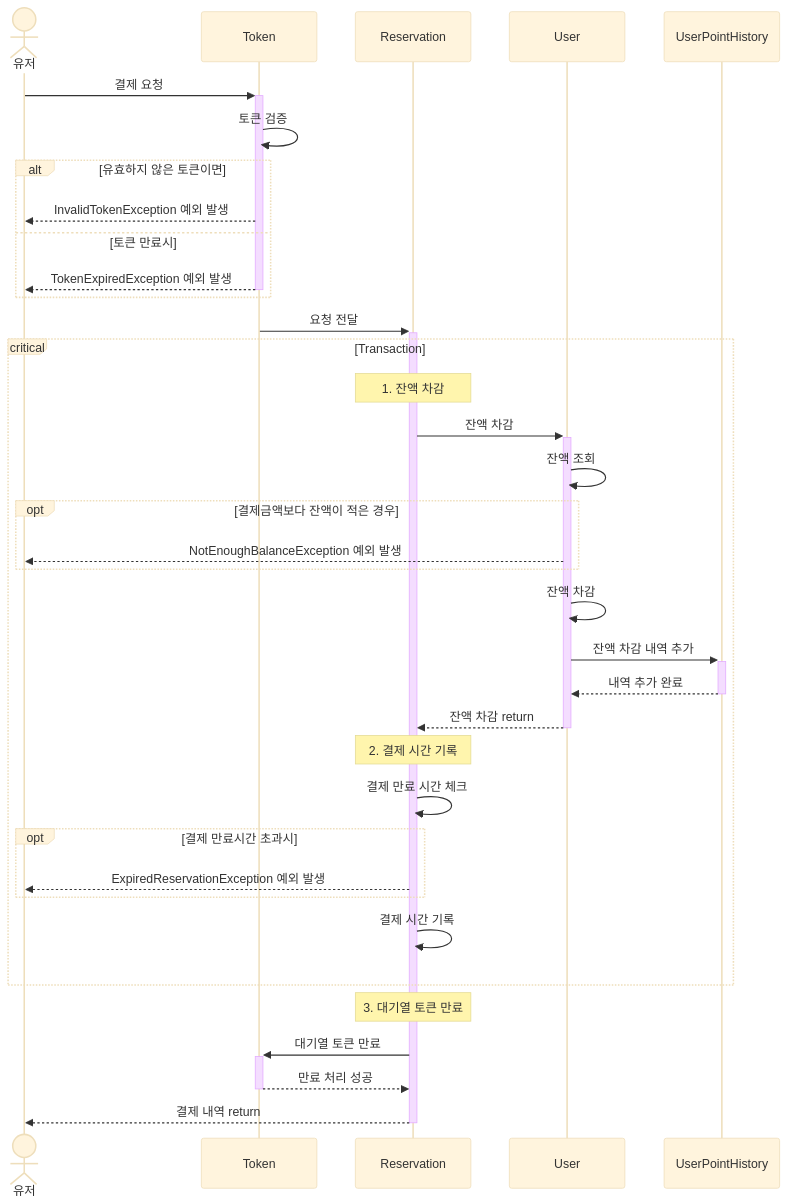
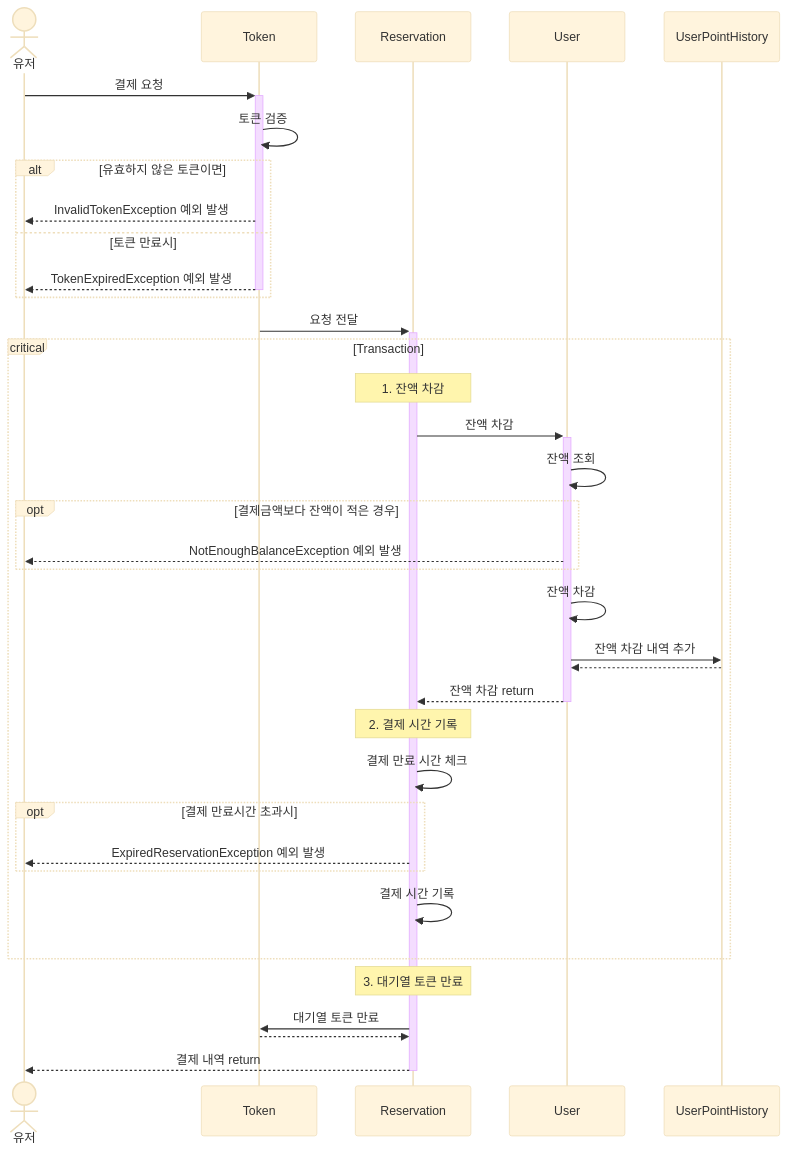
Diagram 11 of 11 in docs/sequence_diagram.md (giwonn/hhplus-concert), drawn with Mermaid (base theme) before and after one commit. The commit also changed other lines of this file and 3 other files, not shown here.

Commit message:
feat: 스키마 및 시퀀스 다이어그램 변경

````diff
--- a/docs/sequence_diagram.md
+++ b/docs/sequence_diagram.md
@@ -208,42 +219,42 @@
 ```mermaid
 sequenceDiagram
    actor A1 as 유저
    participant Token as Token
    participant Reservation as Reservation
    participant User as User
    participant UserPointHistory as UserPointHistory
 
     A1 ->>+ Token: 결제 요청
     Token ->> Token: 토큰 검증
     alt 유효하지 않은 토큰이면
         Token -->> A1: InvalidTokenException 예외 발생
     else 토큰 만료시
         Token -->>- A1: TokenExpiredException 예외 발생
     end
     Token ->>+ Reservation: 요청 전달
     
     critical Transaction
         note over Reservation: 1. 잔액 차감
         Reservation ->>+ User: 잔액 차감
         User ->> User: 잔액 조회
         opt 결제금액보다 잔액이 적은 경우
           User-->> A1: NotEnoughBalanceException 예외 발생
         end
         User ->> User: 잔액 차감
-        User ->>+ UserPointHistory: 잔액 차감 내역 추가
-        UserPointHistory -->>- User: 내역 추가 완료
+        User ->> UserPointHistory: 잔액 차감 내역 추가
+        UserPointHistory -->> User: 
         User -->>- Reservation: 잔액 차감 return
         
         note over Reservation: 2. 결제 시간 기록
         Reservation ->> Reservation: 결제 만료 시간 체크
         opt 결제 만료시간 초과시
           Reservation -->> A1: ExpiredReservationException 예외 발생
         end
         Reservation ->> Reservation: 결제 시간 기록
     end
     
     note over Reservation: 3. 대기열 토큰 만료
-    Reservation ->>+ Token: 대기열 토큰 만료
-    Token -->>- Reservation: 만료 처리 성공
+    Reservation ->> Token: 대기열 토큰 만료
+    Token -->> Reservation: 
     Reservation -->>- A1: 결제 내역 return
 ```
````
